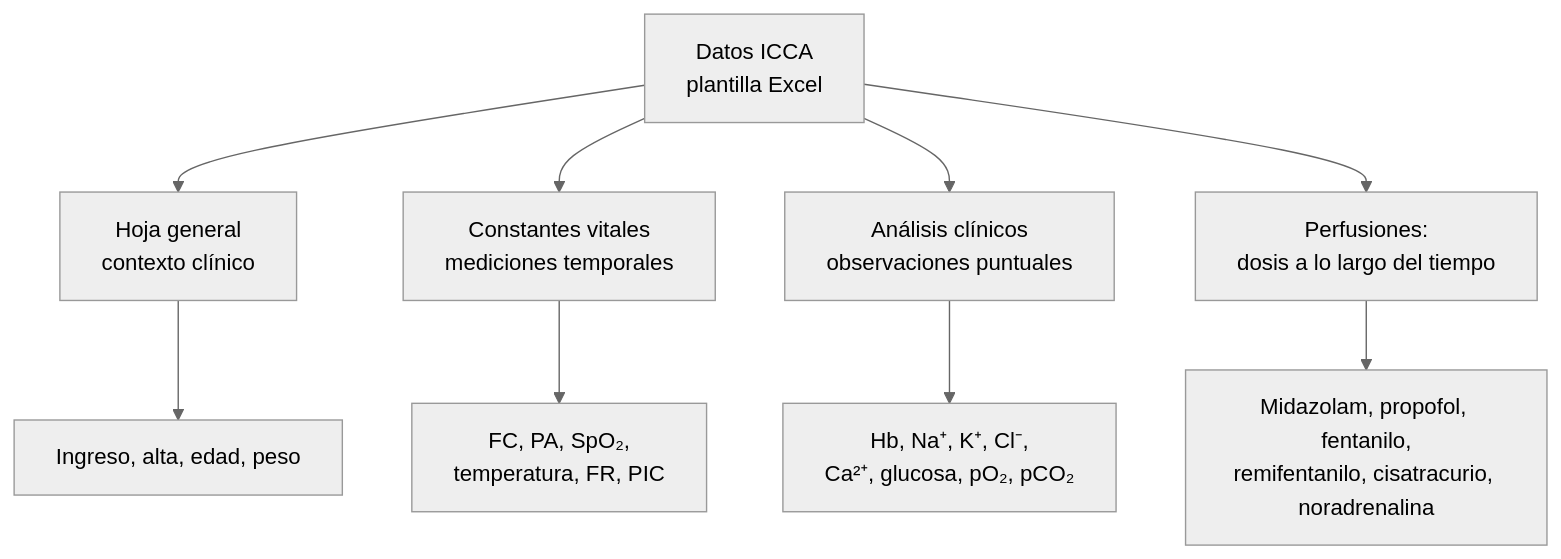
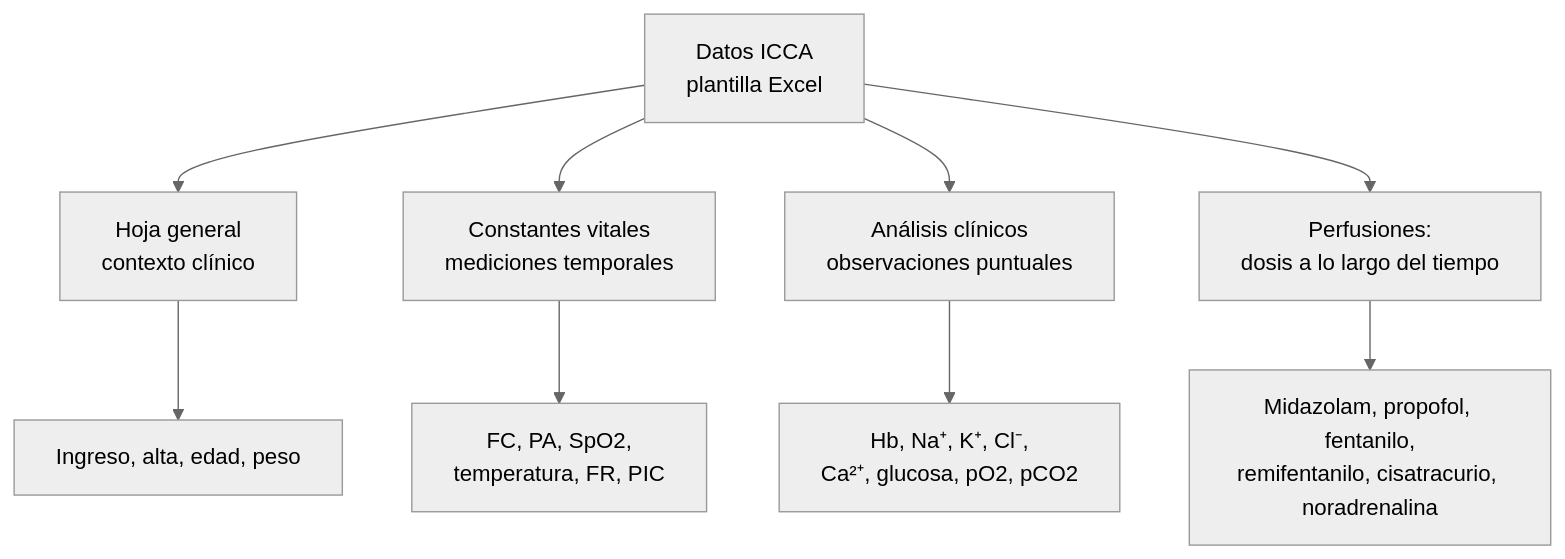
Before and after one commit to cvr1008/TFG_BIS_GIS: the first of 3 diagrams in TFG/qmd/4_metodologia.qmd, drawn with Mermaid (neutral theme). The commit also changed other lines of this file and 35 other files, not shown here.

````diff
--- a/TFG/qmd/4_metodologia.qmd
+++ b/TFG/qmd/4_metodologia.qmd
@@ -33,14 +38,15 @@
 ```{mermaid}
 %%| label: fig-esquema-icca
-%%| fig-cap: "Organización general de las variables clínicas procedentes de ICCA."
+%%| fig-cap: "Organización general de las variables clínicas procedentes de ICCA. Fuente: elaboración propia"
+%%| fig-width: 6
 flowchart TD
     A["Datos ICCA<br/>plantilla Excel"] --> B["Hoja general<br/>contexto clínico"]
     A --> C["Constantes vitales<br/>mediciones temporales"]
     A --> D["Análisis clínicos<br/>observaciones puntuales"]
     A --> E["Perfusiones:<br/>dosis a lo largo del tiempo"]
 
     B --> B1["Ingreso, alta, edad, peso"]
-    C --> C1["FC, PA, SpO₂,<br/>temperatura, FR, PIC"]
-    D --> D1["Hb, Na⁺, K⁺, Cl⁻,<br/>Ca²⁺, glucosa, pO₂, pCO₂"]
+    C --> C1["FC, PA, SpO2,<br/>temperatura, FR, PIC"]
+    D --> D1["Hb, Na⁺, K⁺, Cl⁻,<br/>Ca²⁺, glucosa, pO2, pCO2"]
     E --> E1["Midazolam, propofol, fentanilo,<br/>remifentanilo, cisatracurio, noradrenalina"]
 ```
````
